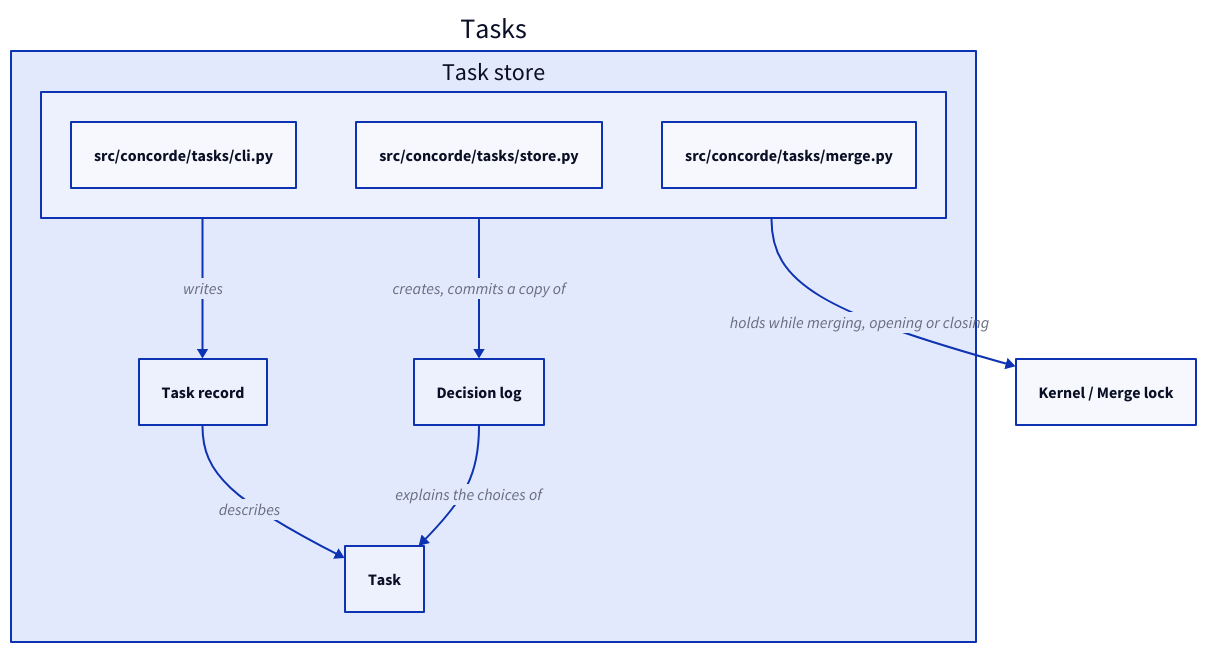
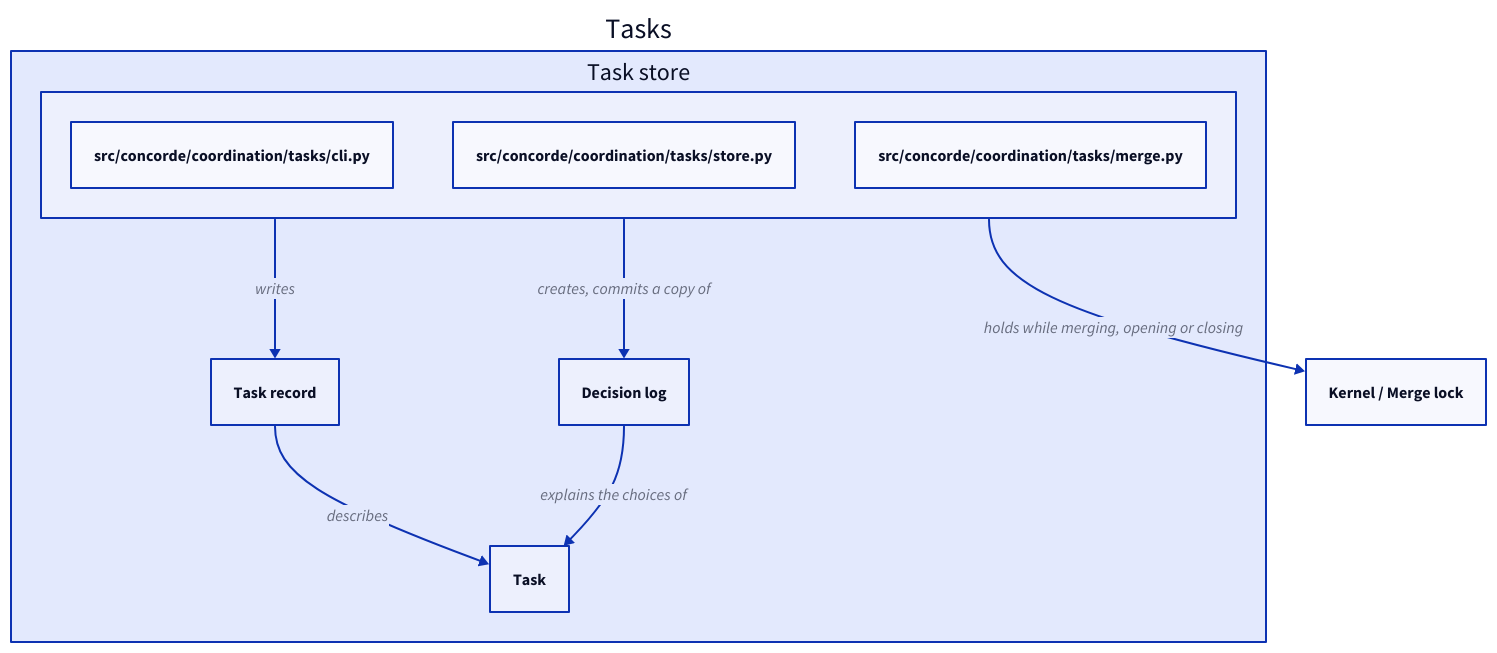
The first of 4 diagrams in specs/concorde/coordination/tasks/module.md (FTOD/concorde), drawn with D2 before and after one commit. The commit also changed 224 other files, not shown here.

````diff
--- a/specs/concorde/coordination/tasks/module.md
+++ b/specs/concorde/coordination/tasks/module.md
@@ -143,18 +143,18 @@
 ```d2
 tasks: Tasks {
   store: Task store {
-    "src/concorde/tasks/cli.py"
-    "src/concorde/tasks/store.py"
-    "src/concorde/tasks/merge.py"
+    "src/concorde/coordination/tasks/cli.py"
+    "src/concorde/coordination/tasks/store.py"
+    "src/concorde/coordination/tasks/merge.py"
   }
   record: Task record
   log: Decision log
   task: Task
   store -> record: writes
   store -> log: creates, commits a copy of
   record -> task: describes
   log -> task: explains the choices of
 }
 lock: Kernel / Merge lock
 tasks.store -> lock: holds while merging, opening or closing
 ```
````
